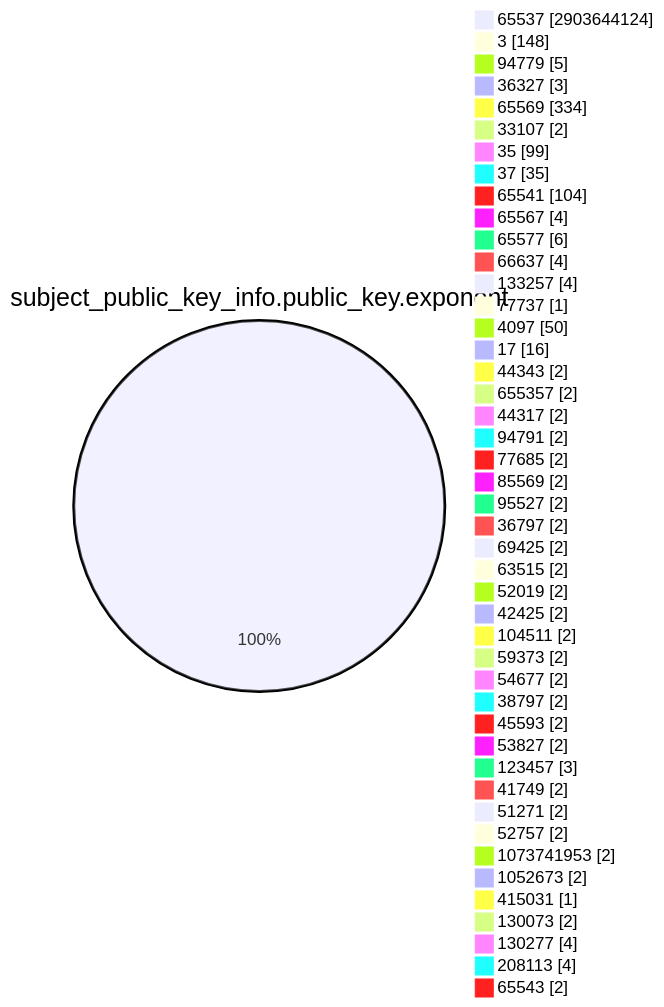
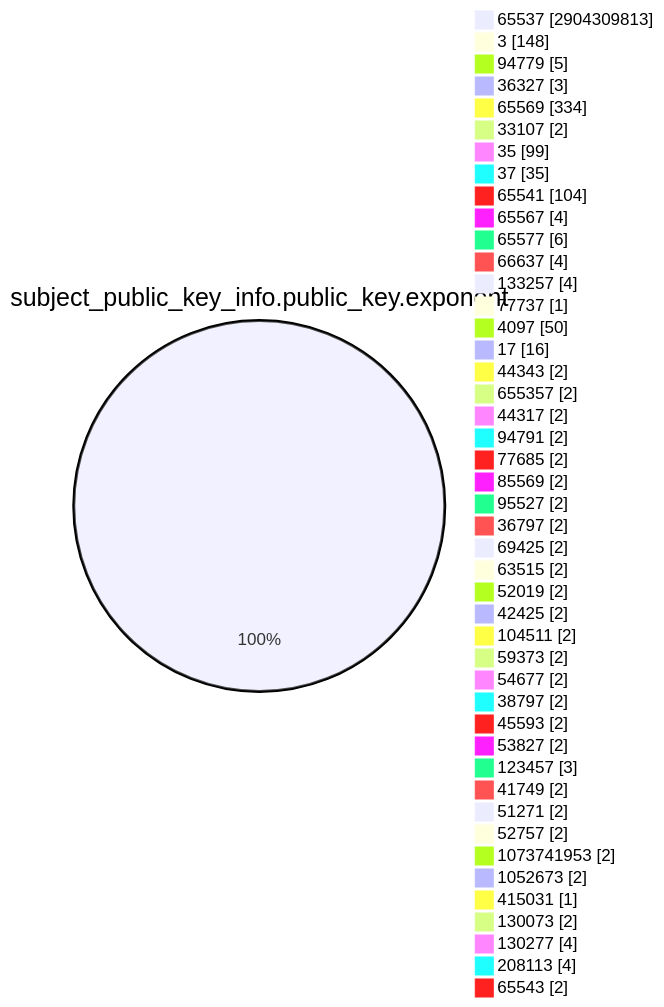
One commit to christiankrug/ctmonitor_visualization changed the fourth of 15 diagrams in TOTAL/README.md. Above: the diagram before and after it, drawn with Mermaid. The commit also changed other lines of this file, not shown here.

````diff
--- a/TOTAL/README.md
+++ b/TOTAL/README.md
@@ -1469,49 +1469,49 @@
 ```mermaid
 pie showData
 title subject_public_key_info.public_key.exponent
-"65537" :2903644124
+"65537" :2904309813
 "3" :148
 "94779" :5
 "36327" :3
 "65569" :334
 "33107" :2
 "35" :99
 "37" :35
 "65541" :104
 "65567" :4
 "65577" :6
 "66637" :4
 "133257" :4
 "77737" :1
 "4097" :50
 "17" :16
 "44343" :2
 "655357" :2
 "44317" :2
 "94791" :2
 "77685" :2
 "85569" :2
 "95527" :2
 "36797" :2
 "69425" :2
 "63515" :2
 "52019" :2
 "42425" :2
 "104511" :2
 "59373" :2
 "54677" :2
 "38797" :2
 "45593" :2
 "53827" :2
 "123457" :3
 "41749" :2
 "51271" :2
 "52757" :2
 "1073741953" :2
 "1052673" :2
 "415031" :1
 "130073" :2
 "130277" :4
 "208113" :4
 "65543" :2
 ```
````
